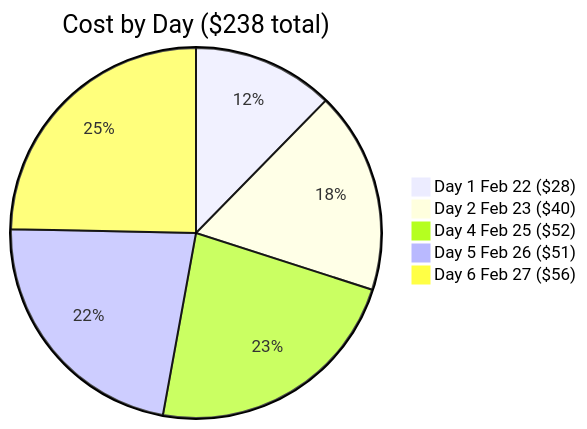
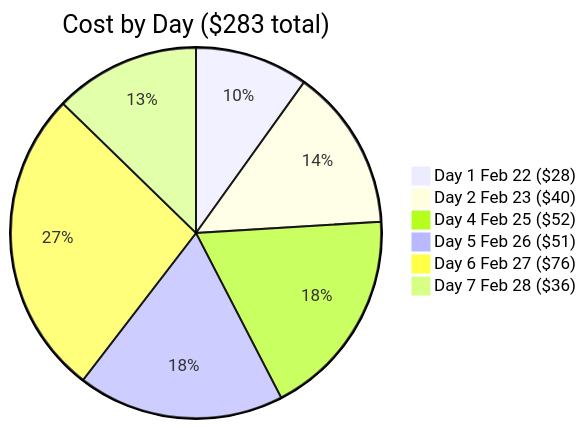
One commit to atlantdak/claude-code-hackathon-xbo-market-kit changed the fourth of 7 diagrams in README.md. Above: the diagram before and after it, drawn with Mermaid. The commit also changed other lines of this file and 4 other files, not shown here.

````diff
--- a/README.md
+++ b/README.md
@@ -139,8 +142,9 @@
 ```mermaid
-pie title Cost by Day ($238 total)
+pie title Cost by Day ($283 total)
     "Day 1 Feb 22 ($28)" : 28
     "Day 2 Feb 23 ($40)" : 40
     "Day 4 Feb 25 ($52)" : 52
     "Day 5 Feb 26 ($51)" : 51
-    "Day 6 Feb 27 ($56)" : 56
+    "Day 6 Feb 27 ($76)" : 76
+    "Day 7 Feb 28 ($36)" : 36
 ```
````
